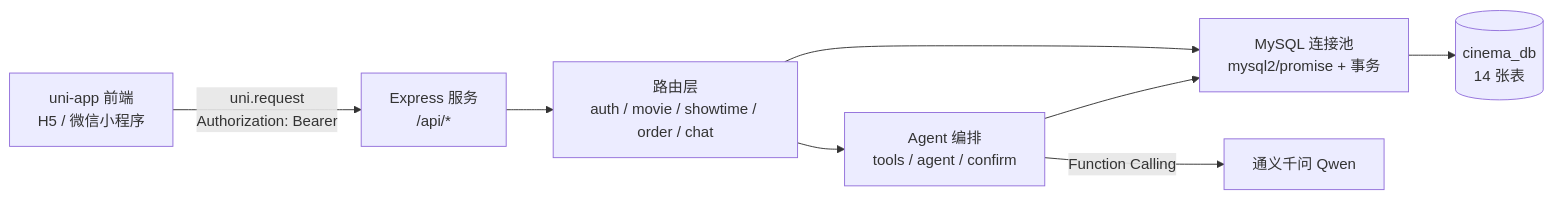
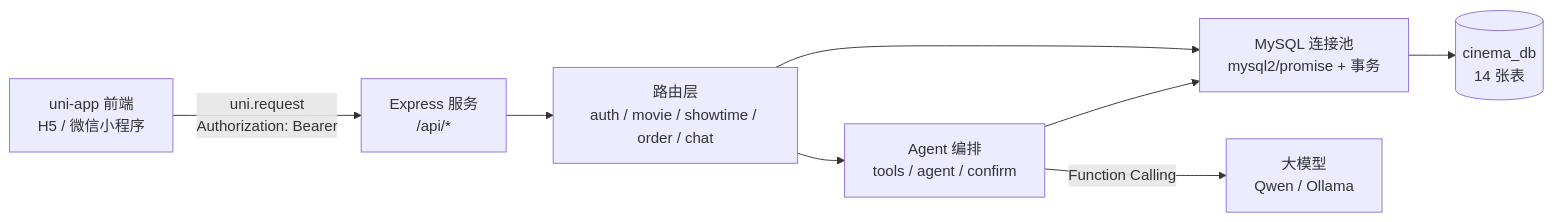
One commit to Huise1102/OMTS changed the diagram in README.md. Above: the diagram before and after it, drawn with Mermaid. The commit also changed other lines of this file, not shown here.

````diff
--- a/README.md
+++ b/README.md
@@ -105,10 +105,10 @@
 ```mermaid
 flowchart LR
     A["uni-app 前端<br/>H5 / 微信小程序"] -->|uni.request<br/>Authorization: Bearer| B["Express 服务<br/>/api/*"]
     B --> C["路由层<br/>auth / movie / showtime / order / chat"]
     C --> D["MySQL 连接池<br/>mysql2/promise + 事务"]
     C --> E["Agent 编排<br/>tools / agent / confirm"]
-    E -->|Function Calling| F["通义千问 Qwen"]
+    E -->|Function Calling| F["大模型<br/>Qwen / Ollama"]
     E --> D
     D --> G[("cinema_db<br/>14 张表")]
 ```
````
